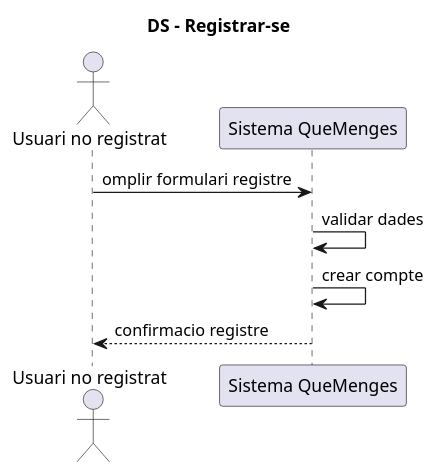
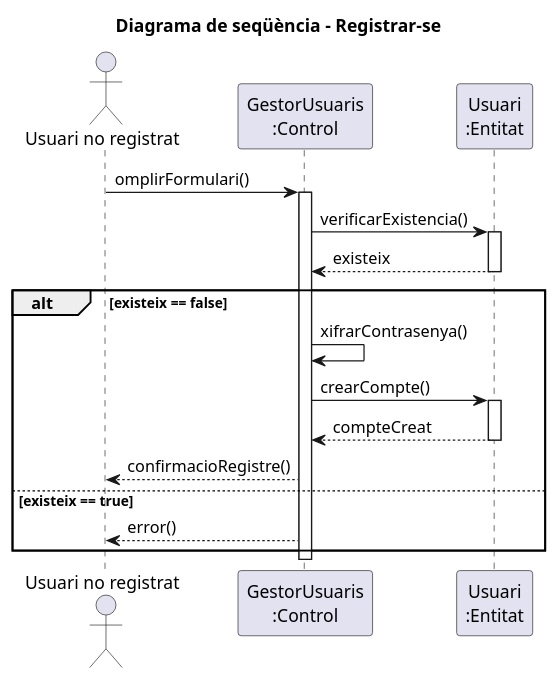
One commit to enricalv03/ES23UAB-411-08 changed the diagram in diagrames/sequencia/casos/visitant/registrar-se.puml. Above: the diagram before and after it, drawn with PlantUML.

```diff
--- a/diagrames/sequencia/casos/visitant/registrar-se.puml
+++ b/diagrames/sequencia/casos/visitant/registrar-se.puml
@@ -1,12 +1,29 @@
-@startuml DiagramUnamed-registrar-se
-title DS - Registrar-se
+@startuml
+title Diagrama de seqüència - Registrar-se
 
-actor "Usuari no registrat" as V
-participant "Sistema QueMenges" as S
+actor "Usuari no registrat" as Usuari
 
-V -> S: omplir formulari registre
-S -> S: validar dades
-S -> S: crear compte
-S --> V: confirmacio registre
+participant "GestorUsuaris\n:Control" as Gestor
+participant "Usuari\n:Entitat" as UsuariDB
 
+Usuari -> Gestor: omplirFormulari()
+activate Gestor
+
+Gestor -> UsuariDB: verificarExistencia()
+activate UsuariDB
+UsuariDB --> Gestor: existeix
+deactivate UsuariDB
+
+alt existeix == false
+    Gestor -> Gestor: xifrarContrasenya()
+    Gestor -> UsuariDB: crearCompte()
+    activate UsuariDB
+    UsuariDB --> Gestor: compteCreat
+    deactivate UsuariDB
+    Gestor --> Usuari: confirmacioRegistre()
+else existeix == true
+    Gestor --> Usuari: error()
+end
+
+deactivate Gestor
 @enduml
```
